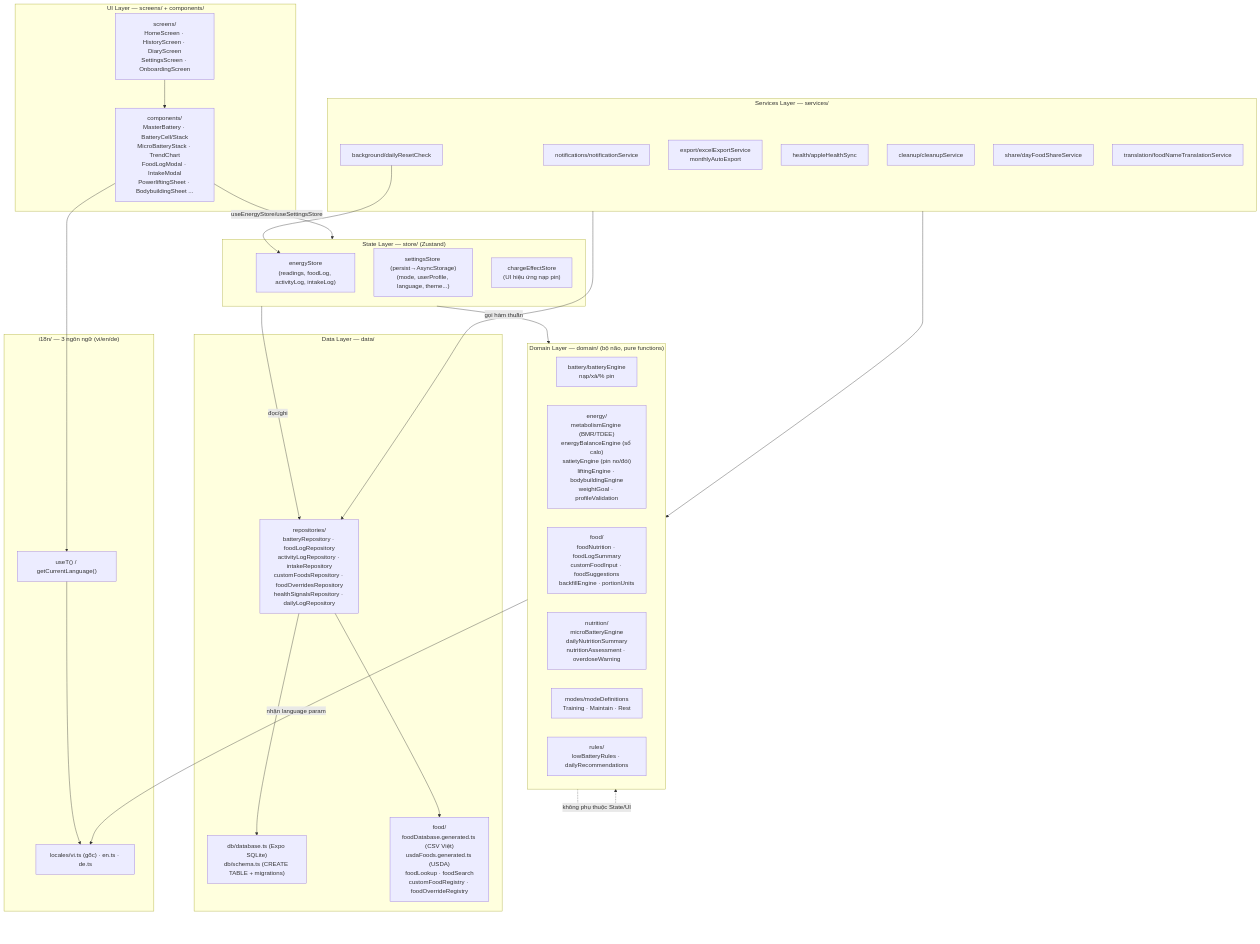
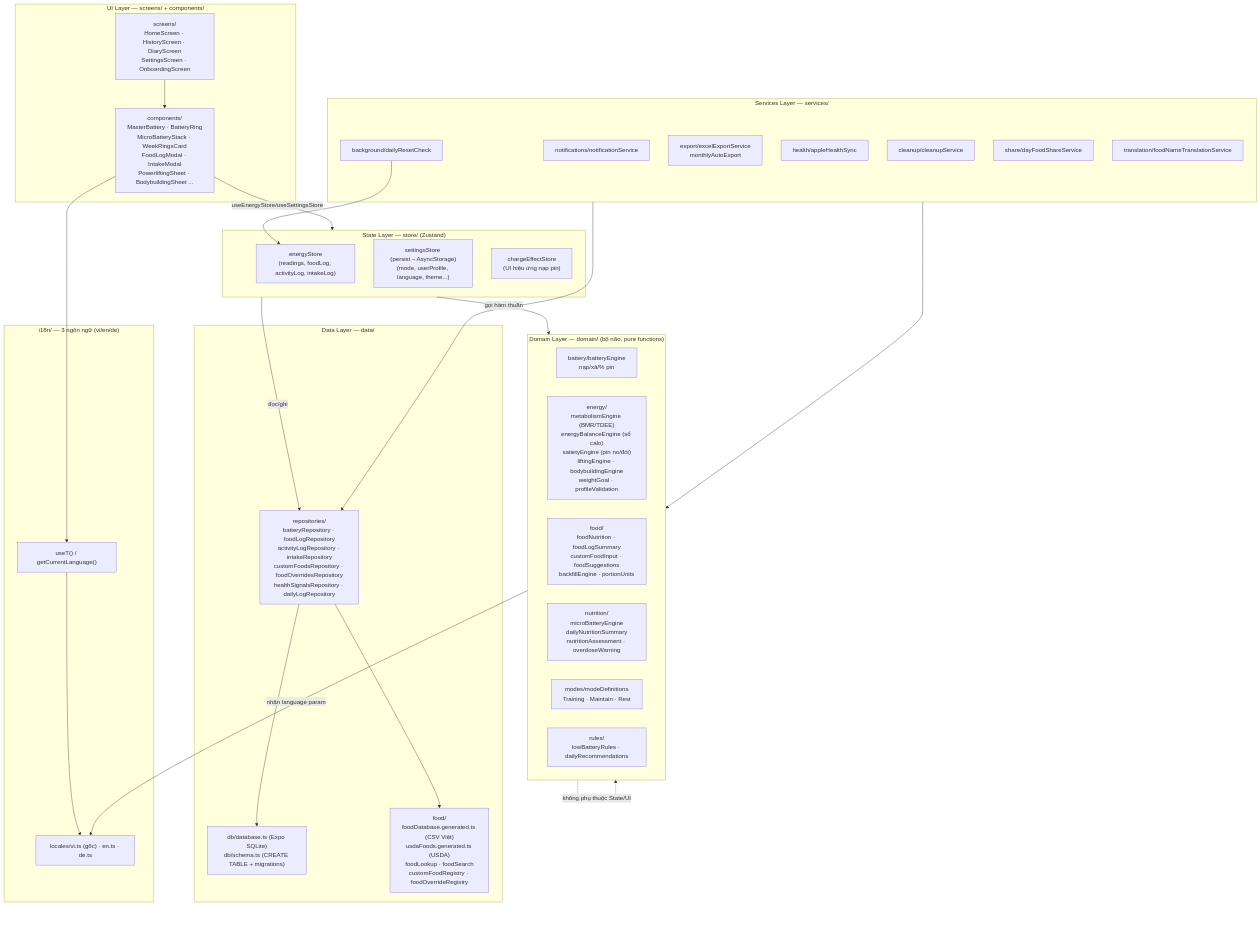
Before and after one commit to dangminhlk54paypal-netizen/Body-Batteries: the first of 9 diagrams in docs/08-uml.md, drawn with Mermaid. The commit also changed other lines of this file and 97 other files, not shown here.

````diff
--- a/docs/08-uml.md
+++ b/docs/08-uml.md
@@ -17,57 +17,57 @@
 ```mermaid
 flowchart TB
     subgraph UI["UI Layer — screens/ + components/"]
         Screens["screens/\nHomeScreen · HistoryScreen · DiaryScreen\nSettingsScreen · OnboardingScreen"]
-        Components["components/\nMasterBattery · BatteryCell/Stack\nMicroBatteryStack · TrendChart\nFoodLogModal · IntakeModal\nPowerliftingSheet · BodybuildingSheet ..."]
+        Components["components/\nMasterBattery · BatteryRing\nMicroBatteryStack · WeekRingsCard\nFoodLogModal · IntakeModal\nPowerliftingSheet · BodybuildingSheet ..."]
     end
 
     subgraph State["State Layer — store/ (Zustand)"]
         EnergyStore["energyStore\n(readings, foodLog, activityLog, intakeLog)"]
         SettingsStore["settingsStore (persist→AsyncStorage)\n(mode, userProfile, language, theme...)"]
         ChargeFx["chargeEffectStore\n(UI hiệu ứng nạp pin)"]
     end
 
     subgraph Domain["Domain Layer — domain/ (bộ não, pure functions)"]
         BatteryEngine["battery/batteryEngine\nnạp/xả/% pin"]
         EnergyDomain["energy/\nmetabolismEngine (BMR/TDEE)\nenergyBalanceEngine (sổ calo)\nsatietyEngine (pin no/đói)\nliftingEngine · bodybuildingEngine\nweightGoal · profileValidation"]
         FoodDomain["food/\nfoodNutrition · foodLogSummary\ncustomFoodInput · foodSuggestions\nbackfillEngine · portionUnits"]
         NutritionDomain["nutrition/\nmicroBatteryEngine\ndailyNutritionSummary\nnutritionAssessment · overdoseWarning"]
         ModesDomain["modes/modeDefinitions\nTraining · Maintain · Rest"]
         RulesDomain["rules/\nlowBatteryRules · dailyRecommendations"]
     end
 
     subgraph Data["Data Layer — data/"]
         Repos["repositories/\nbatteryRepository · foodLogRepository\nactivityLogRepository · intakeRepository\ncustomFoodsRepository · foodOverridesRepository\nhealthSignalsRepository · dailyLogRepository"]
         DB["db/database.ts (Expo SQLite)\ndb/schema.ts (CREATE TABLE + migrations)"]
         FoodCatalog["food/\nfoodDatabase.generated.ts (CSV Việt)\nusdaFoods.generated.ts (USDA)\nfoodLookup · foodSearch\ncustomFoodRegistry · foodOverrideRegistry"]
     end
 
     subgraph Services["Services Layer — services/"]
         Notif["notifications/notificationService"]
         BgReset["background/dailyResetCheck"]
         Export["export/excelExportService\nmonthlyAutoExport"]
         Health["health/appleHealthSync"]
         Cleanup["cleanup/cleanupService"]
         Share["share/dayFoodShareService"]
         Translate["translation/foodNameTranslationService"]
     end
 
     subgraph I18n["i18n/ — 3 ngôn ngữ (vi/en/de)"]
         UseT["useT() / getCurrentLanguage()"]
         Locales["locales/vi.ts (gốc) · en.ts · de.ts"]
     end
 
     Screens --> Components
     Components -->|useEnergyStore/useSettingsStore| State
     State -->|gọi hàm thuần| Domain
     State -->|đọc/ghi| Repos
     Domain -.->|không phụ thuộc State/UI| Domain
     Repos --> DB
     Repos --> FoodCatalog
     Services --> Repos
     Services --> Domain
     Components --> UseT
     Domain -->|nhận language param| Locales
     UseT --> Locales
     BgReset --> EnergyStore
 ```
````
